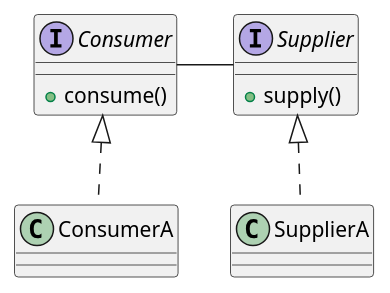
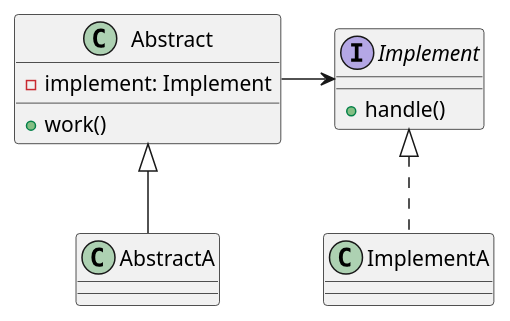
One commit to mengxianbin/cs-notes changed the diagram in Design/Design Patterns/Structural Patterns/Bridge.md. Above: the diagram before and after it, drawn with PlantUML. The commit also changed 11 other files, not shown here.

````diff
--- a/Design/Design Patterns/Structural Patterns/Bridge.md
+++ b/Design/Design Patterns/Structural Patterns/Bridge.md
@@ -1,25 +1,26 @@
 ```puml
 @startuml
 
-interface Consumer {
-    + consume()
+class Abstract {
+    - implement: Implement
+    + work()
 }
 
-interface Supplier {
-    + supply()
+interface Implement {
+    + handle()
 }
 
-class ConsumerA {
+class AbstractA {
 
 }
 
-class SupplierA {
+class ImplementA {
 
 }
 
-Consumer - Supplier
-ConsumerA ..up|> Consumer
-SupplierA ..up|> Supplier
+Abstract -> Implement
+AbstractA --up|> Abstract
+ImplementA ..up|> Implement
 
 @enduml
 ```
````
